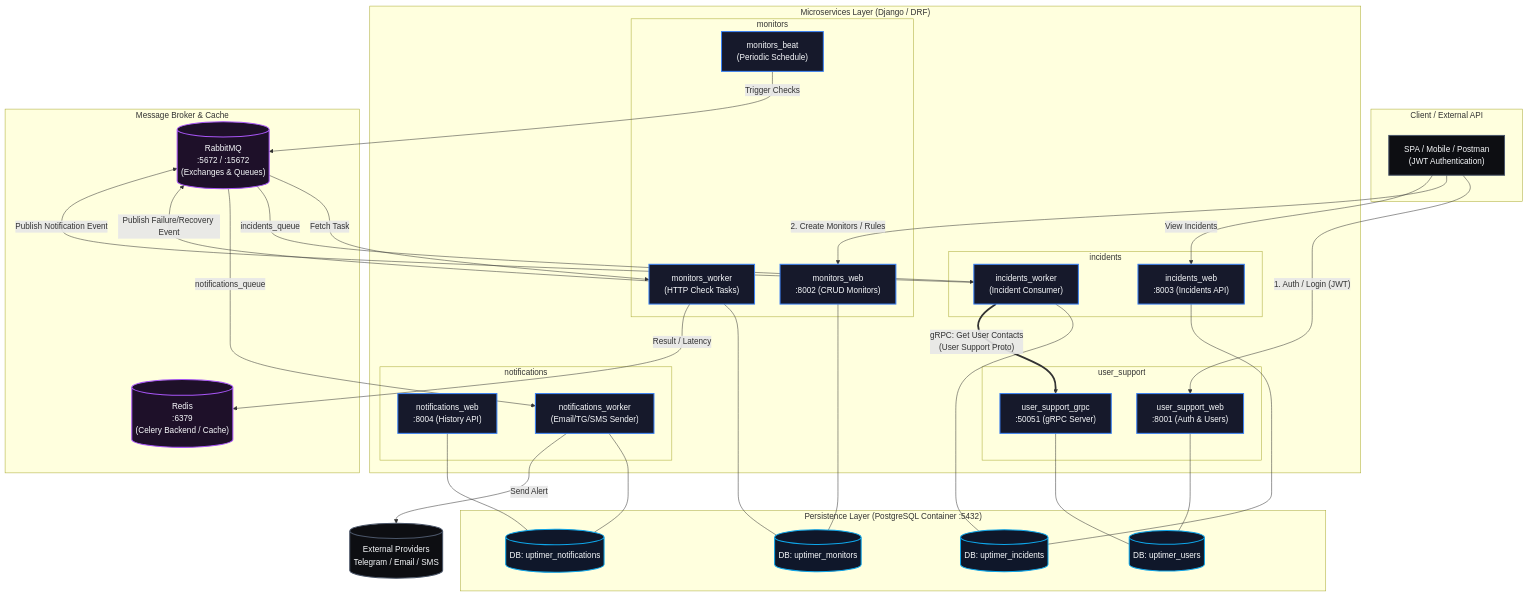
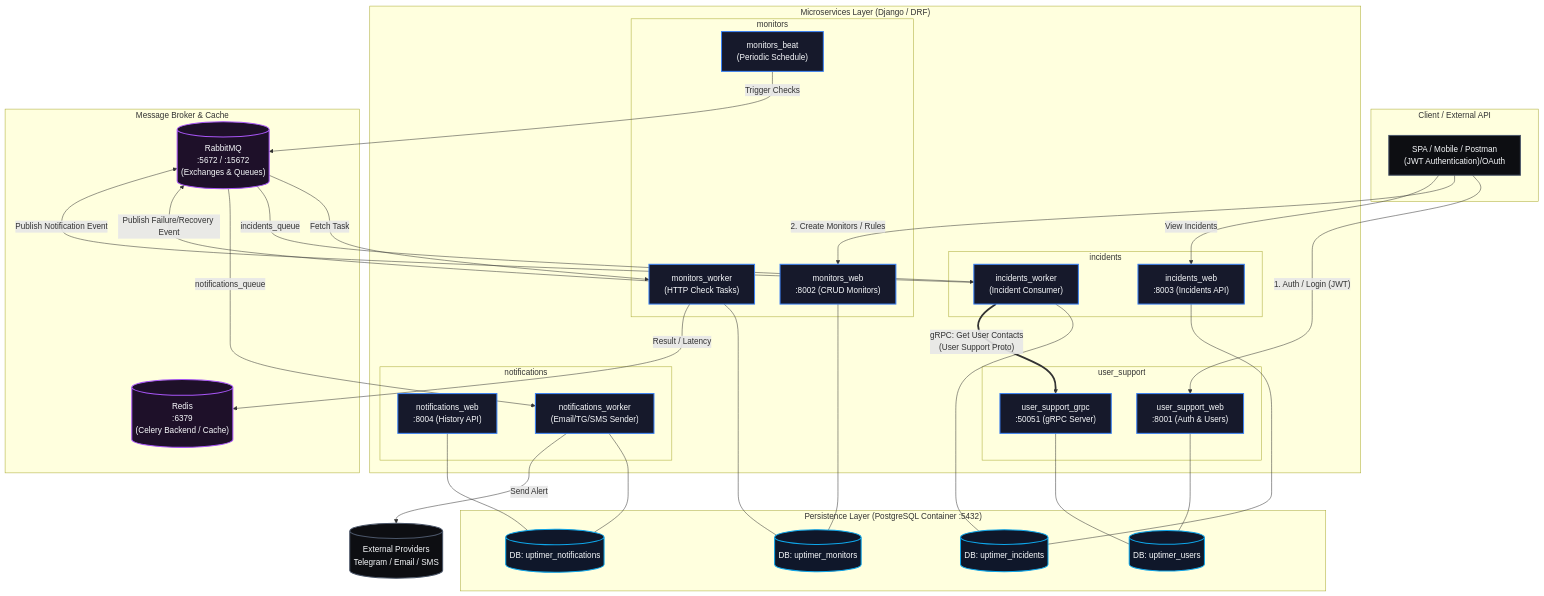
Before and after one commit to x1ryrgg/uptime_motinor_app: the diagram in README.md, drawn with Mermaid. The commit also changed other lines of this file and 7 other files, not shown here.

````diff
--- a/README.md
+++ b/README.md
@@ -24,71 +24,71 @@
 ```mermaid
 graph TD
     classDef clientStyle fill:#0d0e12,stroke:#4a5568,stroke-width:2px,color:#f8fafc;
     classDef serviceStyle fill:#16192b,stroke:#3b82f6,stroke-width:2px,color:#f8fafc;
     classDef dbStyle fill:#0f172a,stroke:#0ea5e9,stroke-width:2px,color:#f8fafc;
     classDef brokerStyle fill:#1e1029,stroke:#a855f7,stroke-width:2px,color:#f8fafc;
 
     subgraph ClientLayer ["Client / External API"]
-        Client["SPA / Mobile / Postman<br/>(JWT Authentication)"]:::clientStyle
+        Client["SPA / Mobile / Postman<br/>(JWT Authentication)/OAuth"]:::clientStyle
     end
 
     subgraph Microservices ["Microservices Layer (Django / DRF)"]
         subgraph UserSupportGroup ["user_support"]
             US_WEB["user_support_web<br/>:8001 (Auth & Users)"]:::serviceStyle
             US_GRPC["user_support_grpc<br/>:50051 (gRPC Server)"]:::serviceStyle
         end
 
         subgraph MonitorsGroup ["monitors"]
             M_WEB["monitors_web<br/>:8002 (CRUD Monitors)"]:::serviceStyle
             M_BEAT["monitors_beat<br/>(Periodic Schedule)"]:::serviceStyle
             M_WORKER["monitors_worker<br/>(HTTP Check Tasks)"]:::serviceStyle
         end
 
         subgraph IncidentsGroup ["incidents"]
             INC_WEB["incidents_web<br/>:8003 (Incidents API)"]:::serviceStyle
             INC_WORKER["incidents_worker<br/>(Incident Consumer)"]:::serviceStyle
         end
 
         subgraph NotificationsGroup ["notifications"]
             NOTIF_WEB["notifications_web<br/>:8004 (History API)"]:::serviceStyle
             NOTIF_WORKER["notifications_worker<br/>(Email/TG/SMS Sender)"]:::serviceStyle
         end
     end
 
     subgraph EventBackbone ["Message Broker & Cache"]
         RabbitMQ[("RabbitMQ<br/>:5672 / :15672<br/>(Exchanges & Queues)")]:::brokerStyle
         Redis[("Redis<br/>:6379<br/>(Celery Backend / Cache)")]:::brokerStyle
     end
 
     subgraph Persistence ["Persistence Layer (PostgreSQL Container :5432)"]
         DB_USERS[("DB: uptimer_users")]:::dbStyle
         DB_MONITORS[("DB: uptimer_monitors")]:::dbStyle
         DB_INCIDENTS[("DB: uptimer_incidents")]:::dbStyle
         DB_NOTIFICATIONS[("DB: uptimer_notifications")]:::dbStyle
     end
 
     Client -->|"1. Auth / Login (JWT)"| US_WEB
     Client -->|"2. Create Monitors / Rules"| M_WEB
     Client -->|"View Incidents"| INC_WEB
 
     US_WEB --- DB_USERS
     US_GRPC --- DB_USERS
     M_WEB --- DB_MONITORS
     M_WORKER --- DB_MONITORS
     INC_WORKER --- DB_INCIDENTS
     INC_WEB --- DB_INCIDENTS
     NOTIF_WORKER --- DB_NOTIFICATIONS
     NOTIF_WEB --- DB_NOTIFICATIONS
 
     M_BEAT -->|"Trigger Checks"| RabbitMQ
     RabbitMQ -->|"Fetch Task"| M_WORKER
     M_WORKER -->|"Result / Latency"| Redis
 
     M_WORKER -->|"Publish Failure/Recovery Event"| RabbitMQ
     RabbitMQ -->|"incidents_queue"| INC_WORKER
     INC_WORKER -->|"Publish Notification Event"| RabbitMQ
     RabbitMQ -->|"notifications_queue"| NOTIF_WORKER
 
     INC_WORKER ==>|"gRPC: Get User Contacts<br/>(User Support Proto)"| US_GRPC
     NOTIF_WORKER -->|"Send Alert"| External[("External Providers<br/>Telegram / Email / SMS")]:::clientStyle
 ```
````
